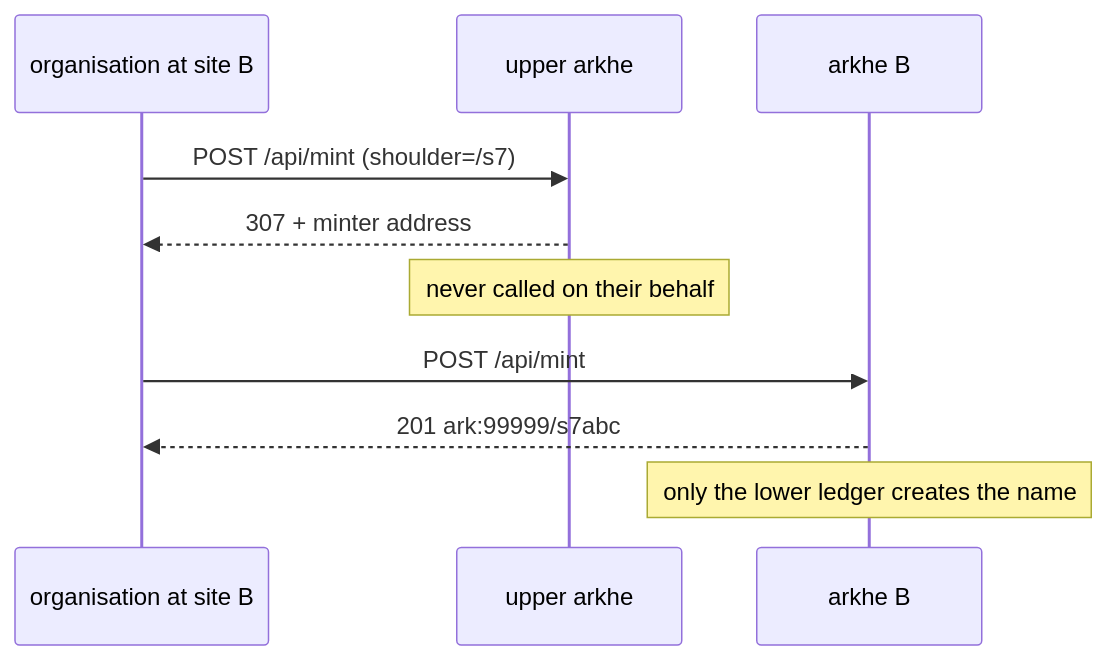
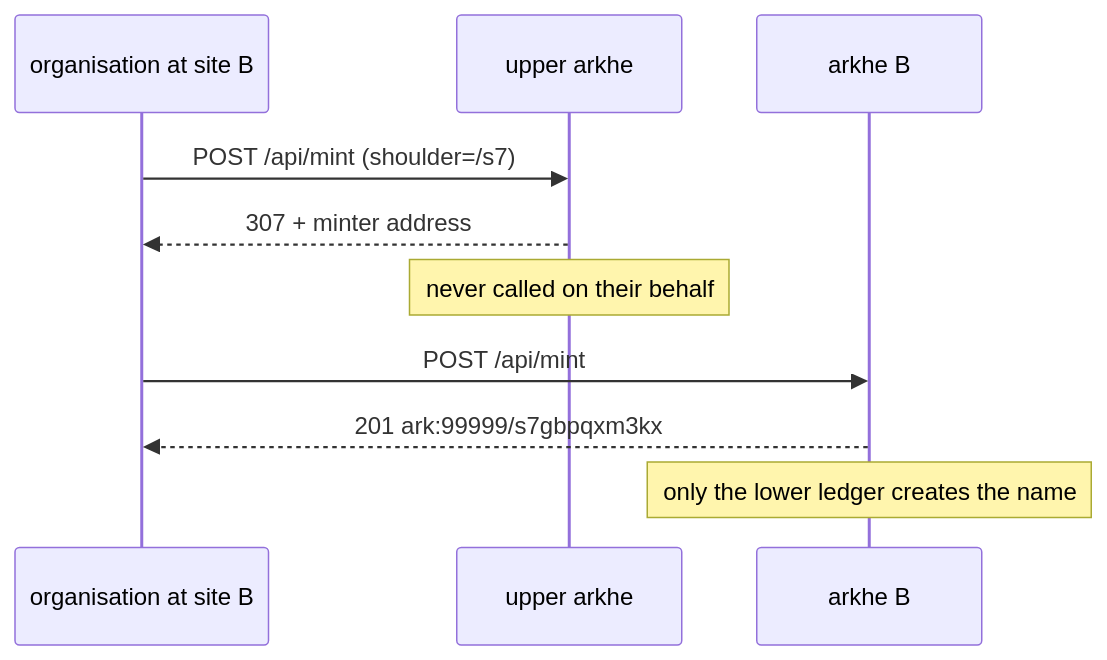
The sixth of 14 diagrams in docs/guides/federation.md (RCOSDP/arkhe), drawn with Mermaid before and after one commit. The commit also changed other lines of this file and 29 other files, not shown here.

````diff
--- a/docs/guides/federation.md
+++ b/docs/guides/federation.md
@@ -152,12 +152,12 @@
 ```mermaid
 sequenceDiagram
     participant O as organisation at site B
     participant T as upper arkhe
     participant S as arkhe B
     O->>T: POST /api/mint (shoulder=/s7)
     T-->>O: 307 + minter address
     Note over T: never called on their behalf
     O->>S: POST /api/mint
-    S-->>O: 201 ark:99999/s7abc
+    S-->>O: 201 ark:99999/s7gbpqxm3kx
     Note over S: only the lower ledger creates the name
 ```
````
